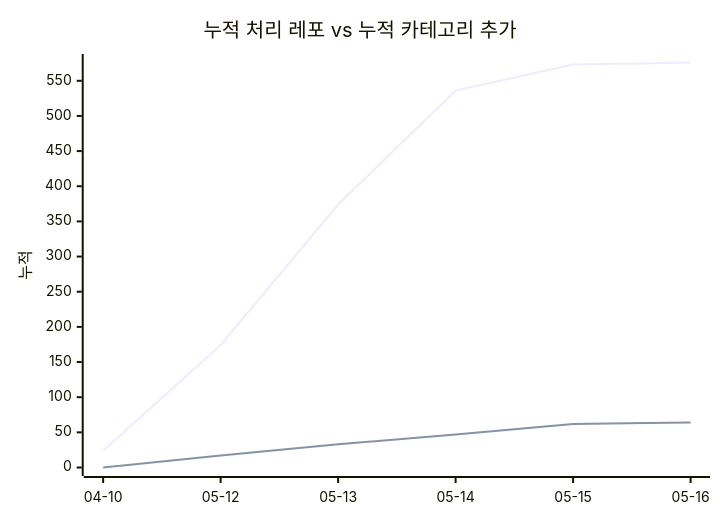
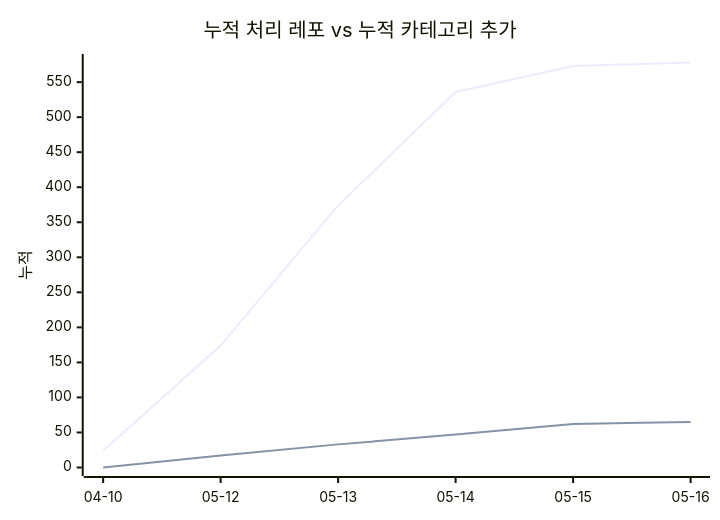
The second of 2 diagrams in docs/trends.md (J-nowcow/awesome-korean-agent-skills), drawn with Mermaid before and after one commit. The commit also changed other lines of this file and 4 other files, not shown here.

````diff
--- a/docs/trends.md
+++ b/docs/trends.md
@@ -60,8 +60,8 @@
 ```mermaid
 xychart-beta
     title "누적 처리 레포 vs 누적 카테고리 추가"
     x-axis ["04-10","05-12","05-13","05-14","05-15","05-16"]
     y-axis "누적"
-    line [24,174,374,536,573,576]
-    line [0,17,33,47,62,64]
+    line [24,174,374,536,573,578]
+    line [0,17,33,47,62,65]
 ```
````
